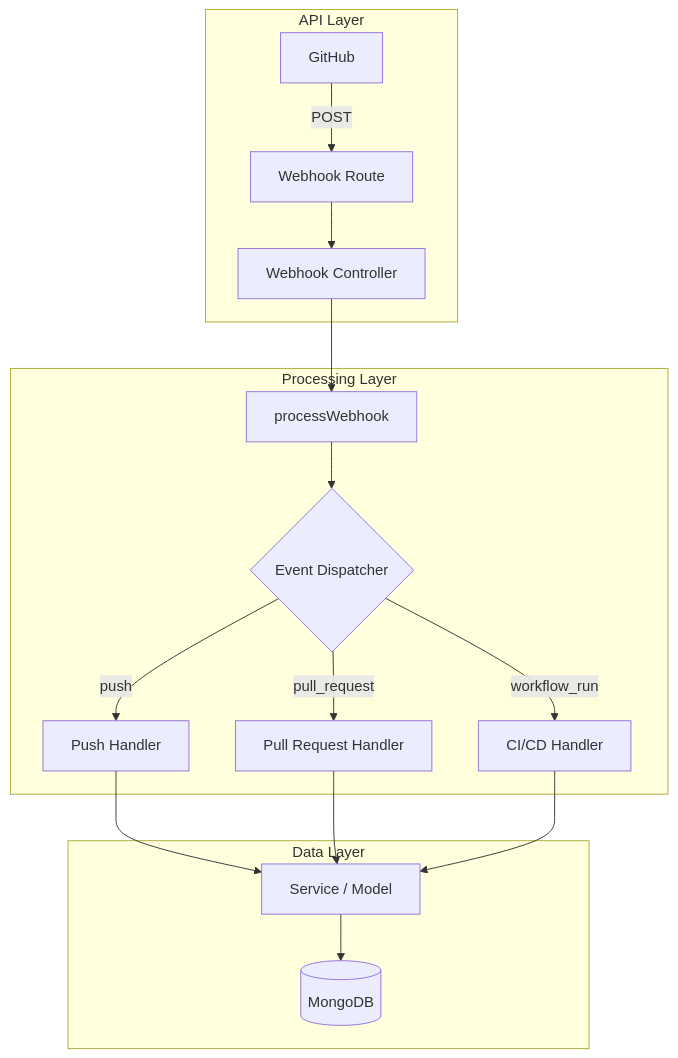
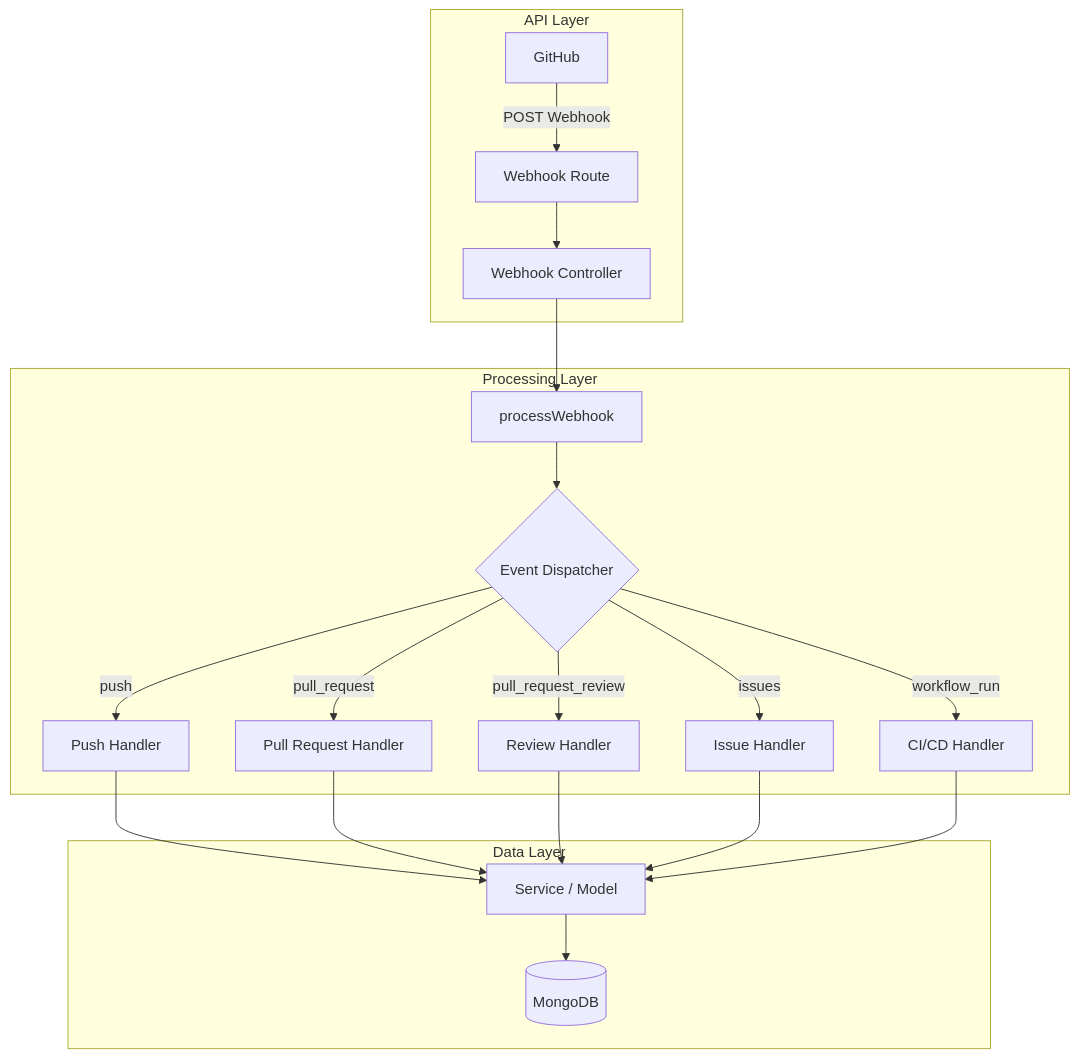
The first of 2 diagrams in backend/ReadMe.md (ragul023/gitmonitor), drawn with Mermaid before and after one commit. The commit also changed other lines of this file, not shown here.

````diff
--- a/backend/ReadMe.md
+++ b/backend/ReadMe.md
@@ -89,46 +285,29 @@
-``` mermaid
-
+```mermaid
 flowchart TD
 
 subgraph API["API Layer"]
-
-A[GitHub] -->|POST| B[Webhook Route]
-
-B --> C[Webhook Controller]
-
+    A[GitHub] -->|POST Webhook| B[Webhook Route]
+    B --> C[Webhook Controller]
 end
 
-  
+subgraph PROCESSING["Processing Layer"]
+    C --> D[processWebhook]
+    D --> E{Event Dispatcher}
 
-subgraph PROCESSING["Processing Layer"]
-
-C --> D[processWebhook]
-
-D --> E{Event Dispatcher}
-
-E -->|push| F[Push Handler]
-
-E -->|pull_request| G[Pull Request Handler]
-
-E -->|workflow_run| H[CI/CD Handler]
-
+    E -->|push| F[Push Handler]
+    E -->|pull_request| G[Pull Request Handler]
+    E -->|pull_request_review| H[Review Handler]
+    E -->|issues| I[Issue Handler]
+    E -->|workflow_run| J[CI/CD Handler]
 end
 
+subgraph DATA["Data Layer"]
+    F --> K[Service / Model]
+    G --> K
+    H --> K
+    I --> K
+    J --> K
 
-
-subgraph DATA["Data Layer"]
-
-
-F --> I[Service / Model]
-
-G --> I
-
-H --> I
-
-I --> J[(MongoDB)]
-
+    K --> L[(MongoDB)]
 end
-
-  
-
 ```
````
